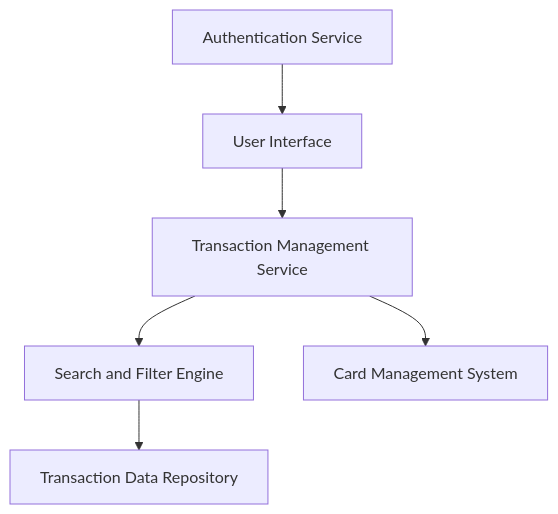
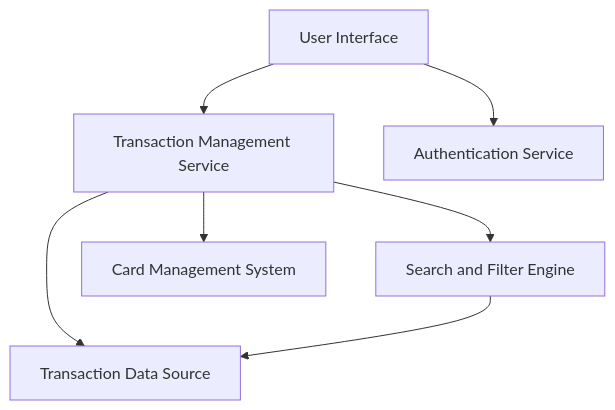
Before and after one commit to AAVA-Demo/APB_Demo: the diagram in HLD/QE-7739_HLD.md, drawn with Mermaid. The commit also changed other lines of this file and 5 other files, not shown here.

````diff
--- a/HLD/QE-7739_HLD.md
+++ b/HLD/QE-7739_HLD.md
@@ -7,14 +7,15 @@
 ```mermaid
 flowchart TD
     A["User Interface"]
     B["Transaction Management Service"]
     C["Search and Filter Engine"]
-    D["Transaction Data Repository"]
-    E["Card Management System"]
-    F["Authentication Service"]
+    D["Card Management System"]
+    E["Authentication Service"]
+    F["Transaction Data Source"]
     A --> B
     B --> C
-    C --> D
-    B --> E
-    F --> A
+    B --> D
+    A --> E
+    B --> F
+    C --> F
 ```
````
